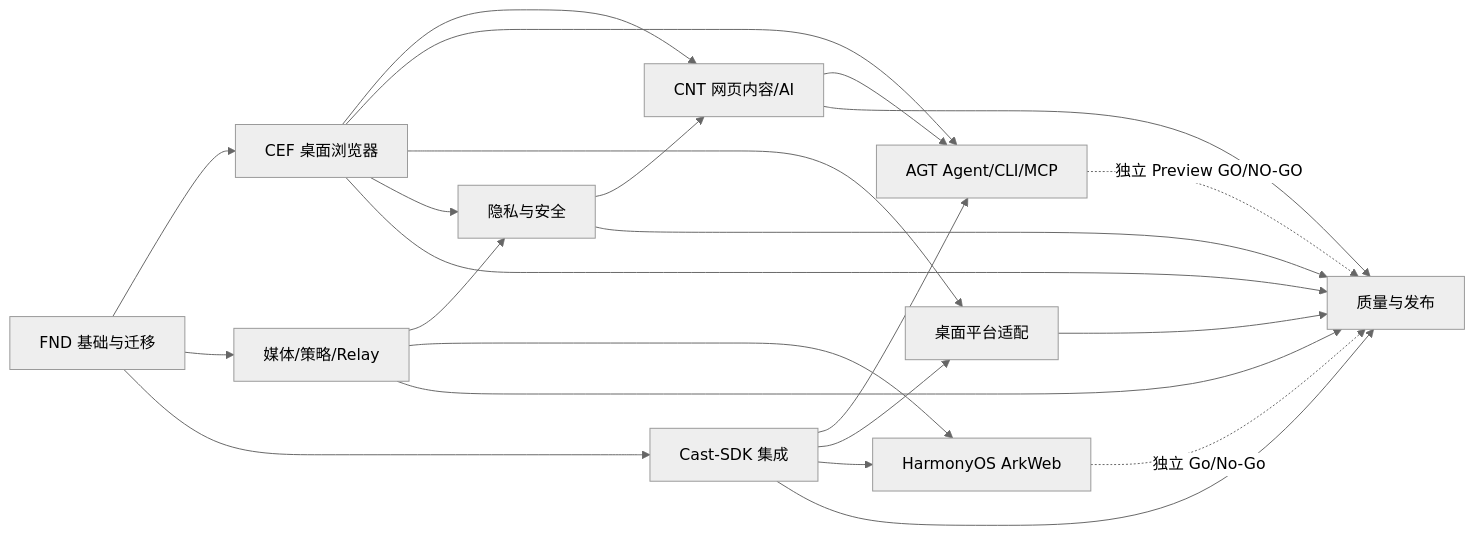
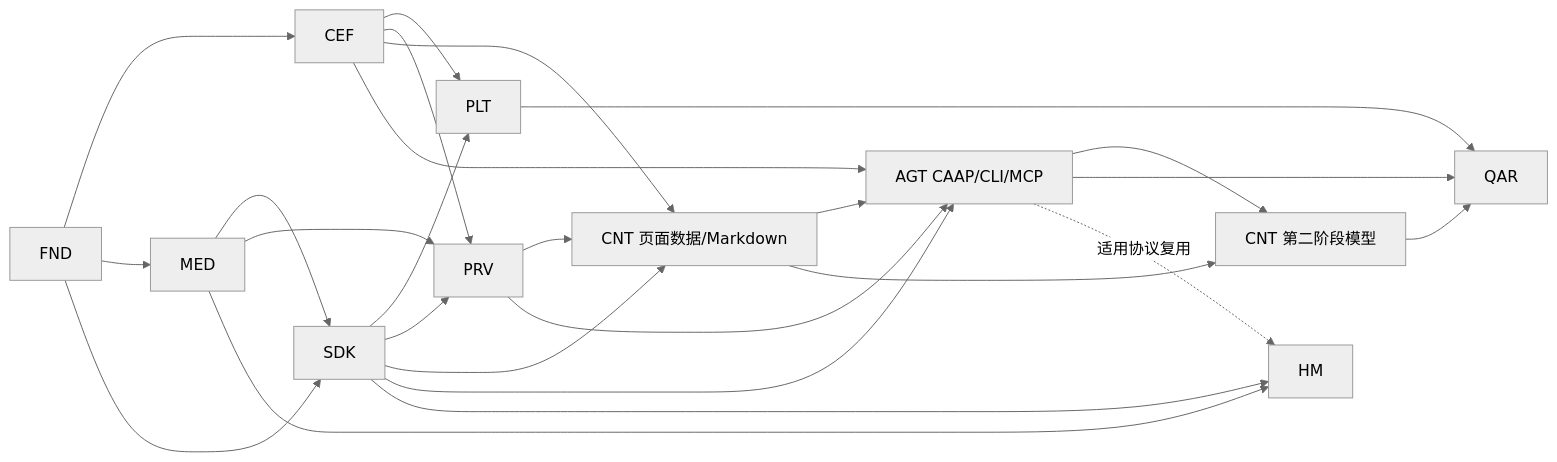
One commit to shenyingjun5/crayon-browser changed the diagram in docs/crayon-private-cast-browser-roadmap.md. Above: the diagram before and after it, drawn with Mermaid (neutral theme). The commit also changed other lines of this file and 20 other files, not shown here.

````diff
--- a/docs/crayon-private-cast-browser-roadmap.md
+++ b/docs/crayon-private-cast-browser-roadmap.md
@@ -41,25 +46,27 @@
 ```mermaid
 flowchart LR
-    FND["FND 基础与迁移"] --> CEF["CEF 桌面浏览器"]
-    FND --> MED["媒体/策略/Relay"]
-    FND --> SDK["Cast-SDK 集成"]
-    CEF --> CNT["CNT 网页内容/AI"]
-    PRV --> CNT
-    CNT --> AGT["AGT Agent/CLI/MCP"]
-    CEF --> AGT
-    SDK --> AGT
-    CEF --> PLT["桌面平台适配"]
-    SDK --> PLT
-    CEF --> PRV["隐私与安全"]
-    MED --> PRV
-    MED --> HM["HarmonyOS ArkWeb"]
-    SDK --> HM
-    CEF --> QAR["质量与发布"]
-    MED --> QAR
-    SDK --> QAR
-    PLT --> QAR
-    PRV --> QAR
-    CNT --> QAR
-    AGT -. "独立 Preview GO/NO-GO" .-> QAR
-    HM -. "独立 Go/No-Go" .-> QAR
+  FND --> CEF
+  FND --> MED
+  FND --> SDK
+  MED --> SDK
+  CEF --> PLT
+  SDK --> PLT
+  CEF --> PRV
+  MED --> PRV
+  SDK --> PRV
+  CEF --> CNT["CNT 页面数据/Markdown"]
+  SDK --> CNT
+  PRV --> CNT
+  CEF --> AGT["AGT CAAP/CLI/MCP"]
+  PRV --> AGT
+  CNT --> AGT
+  SDK --> AGT
+  CNT --> MODEL["CNT 第二阶段模型"]
+  AGT --> MODEL
+  PLT --> QAR
+  AGT --> QAR
+  MODEL --> QAR
+  MED --> HM
+  SDK --> HM
+  AGT -. 适用协议复用 .-> HM
 ```
````
